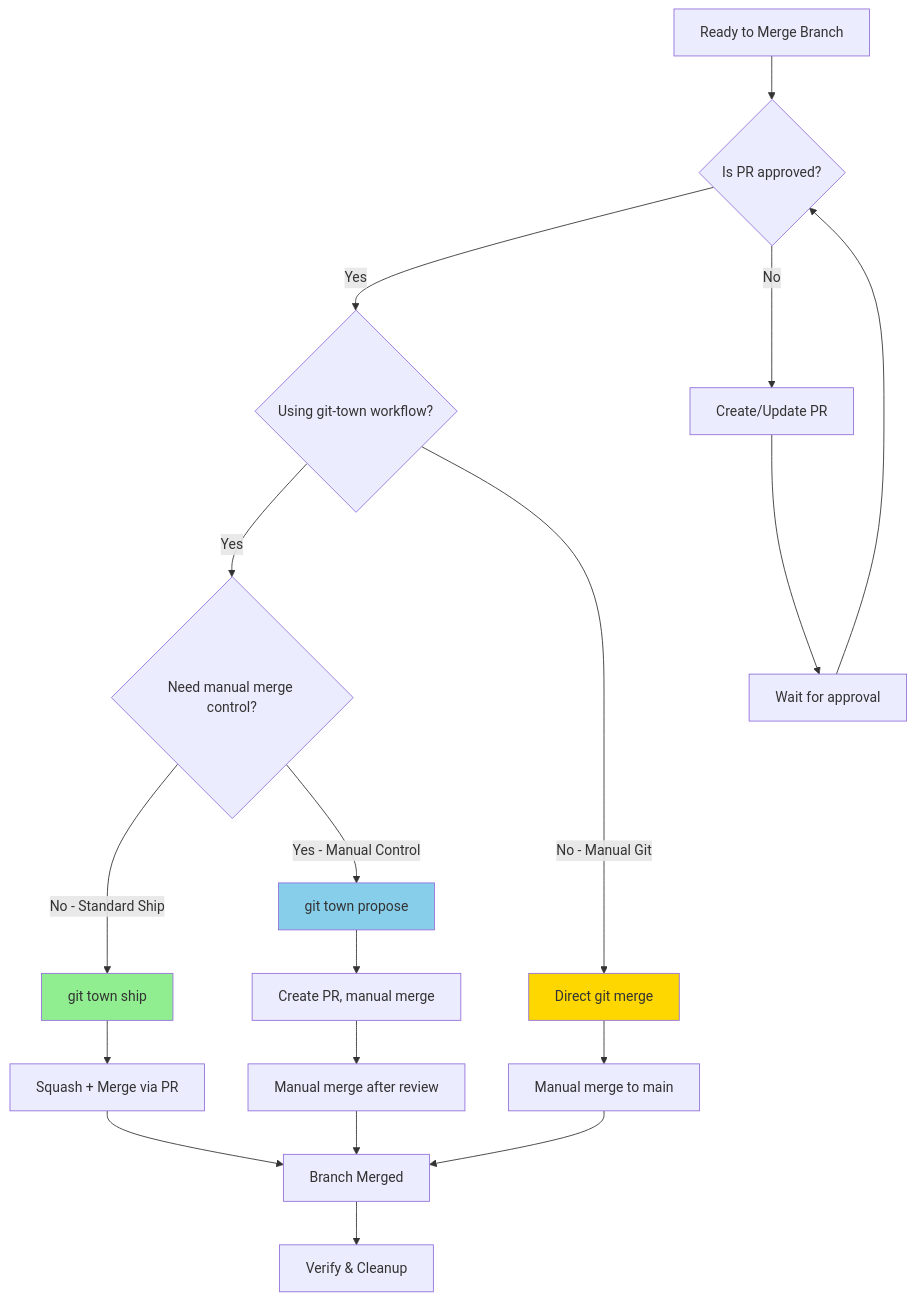
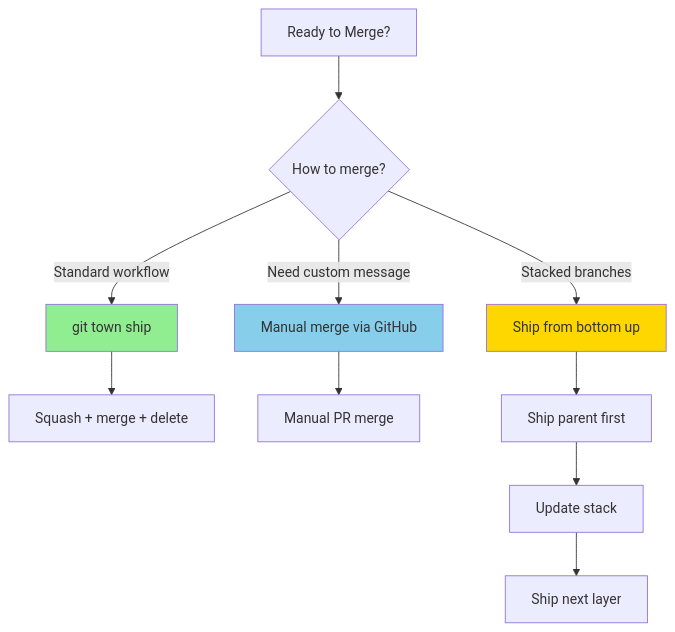
The third of 4 diagrams in packages/git/skills/git-town/REFERENCE.md (FortiumPartners/ensemble), drawn with Mermaid before and after one commit. The commit also changed other lines of this file and 1 other file, not shown here.

First line of the commit message:
refactor(git): minimize REFERENCE.md with Context7 integration

````diff
--- a/packages/git/skills/git-town/REFERENCE.md
+++ b/packages/git/skills/git-town/REFERENCE.md
@@ -1146,30 +156,18 @@
 ```mermaid
 graph TD
-    A[Ready to Merge Branch] --> B{Is PR approved?}
+    A[Ready to Merge?] --> B{How to merge?}
+    B -->|Standard workflow| C[git town ship]
+    B -->|Need custom message| D[Manual merge via GitHub]
+    B -->|Stacked branches| E[Ship from bottom up]
 
-    B -->|Yes| C{Using git-town workflow?}
-    B -->|No| D[Create/Update PR]
+    C --> F[Squash + merge + delete]
+    D --> G[Manual PR merge]
+    E --> H[Ship parent first]
 
-    C -->|Yes| E{Need manual merge control?}
-    C -->|No - Manual Git| F[Direct git merge]
+    H --> I[Update stack]
+    I --> J[Ship next layer]
 
-    E -->|No - Standard Ship| G[git town ship]
-    E -->|Yes - Manual Control| H[git town propose]
-
-    D --> I[Wait for approval]
-    F --> J[Manual merge to main]
-    G --> K[Squash + Merge via PR]
-    H --> L[Create PR, manual merge]
-
-    I --> B
-    J --> M[Branch Merged]
-    K --> M
-    L --> N[Manual merge after review]
-    N --> M
-
-    M --> O[Verify & Cleanup]
-
-    style G fill:#90EE90
-    style H fill:#87CEEB
-    style F fill:#FFD700
+    style C fill:#90EE90
+    style D fill:#87CEEB
+    style E fill:#FFD700
 ```
````
